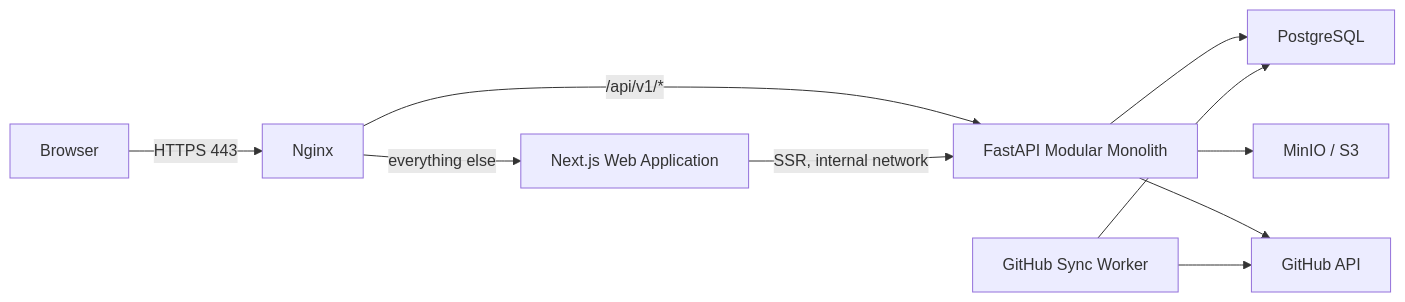
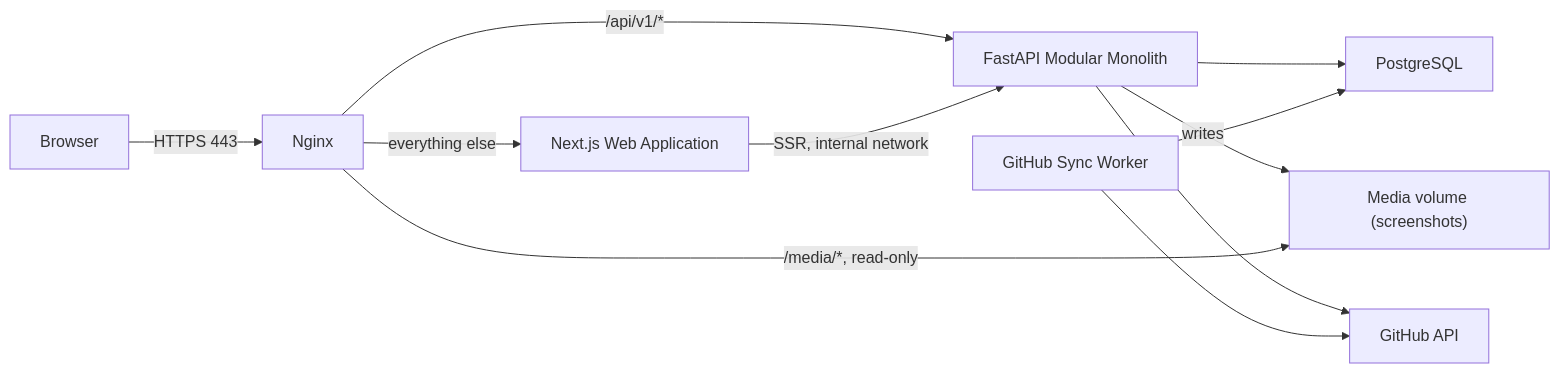
One commit to DizelPizell/developer-profile-platform changed the second of 2 diagrams in docs/architecture/ARCHITECTURE.md. Above: the diagram before and after it, drawn with Mermaid. The commit also changed other lines of this file and 9 other files, not shown here.

First line of the commit message:
docs(adr): decide media storage and the demo for Phase 4

````diff
--- a/docs/architecture/ARCHITECTURE.md
+++ b/docs/architecture/ARCHITECTURE.md
@@ -32,24 +30,25 @@
 ```mermaid
 flowchart LR
     Browser["Browser"]
 
     Nginx["Nginx"]
 
     Frontend["Next.js Web Application"]
     API["FastAPI Modular Monolith"]
     DB["PostgreSQL"]
-    Storage["MinIO / S3"]
+    Media["Media volume (screenshots)"]
     GitHub["GitHub API"]
     Worker["GitHub Sync Worker"]
 
     Browser -->|HTTPS 443| Nginx
     Nginx -->|"/api/v1/*"| API
     Nginx -->|everything else| Frontend
     Frontend -->|"SSR, internal network"| API
 
     API --> DB
-    API --> Storage
+    API -->|writes| Media
+    Nginx -->|"/media/*, read-only"| Media
     API --> GitHub
     Worker --> DB
     Worker --> GitHub
 ```
````
